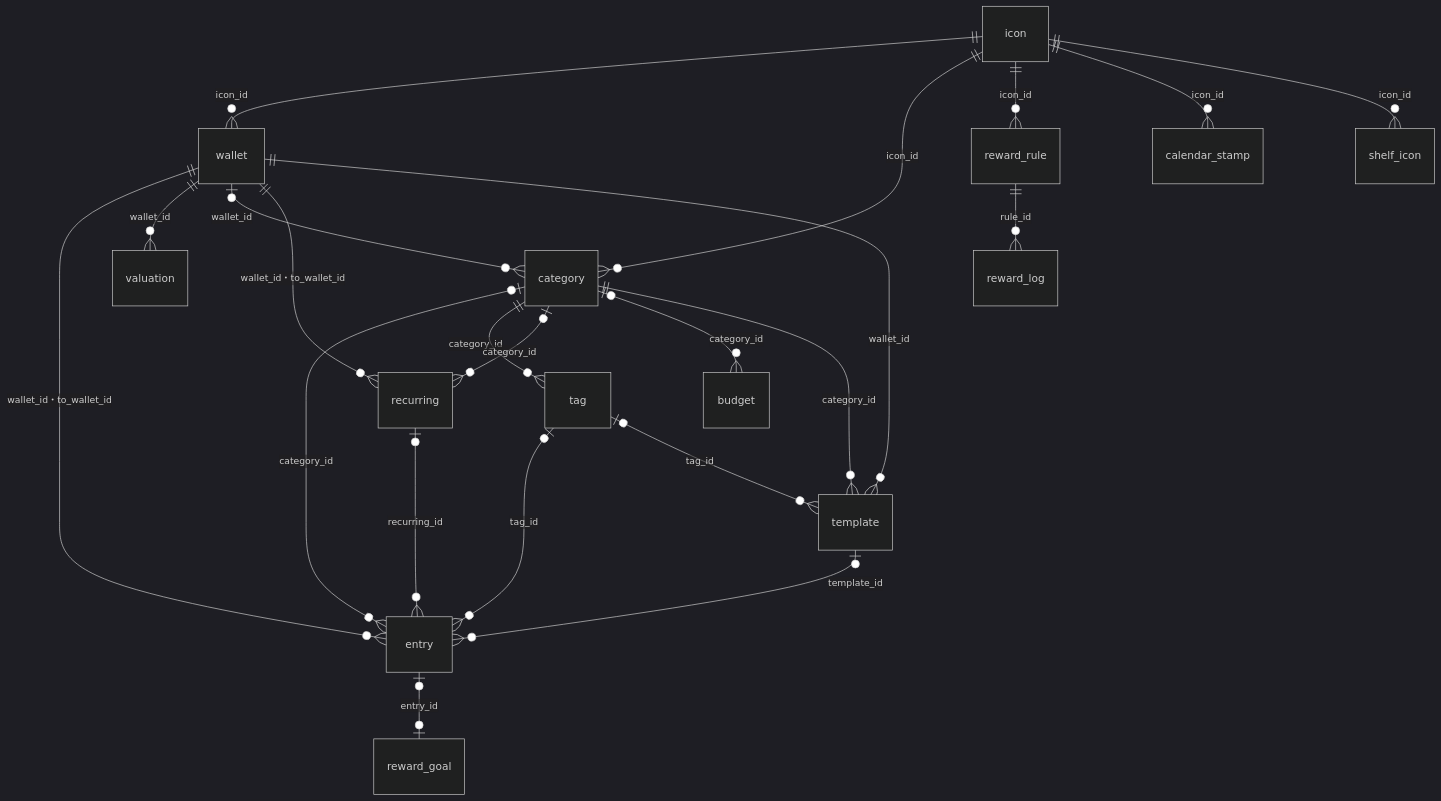
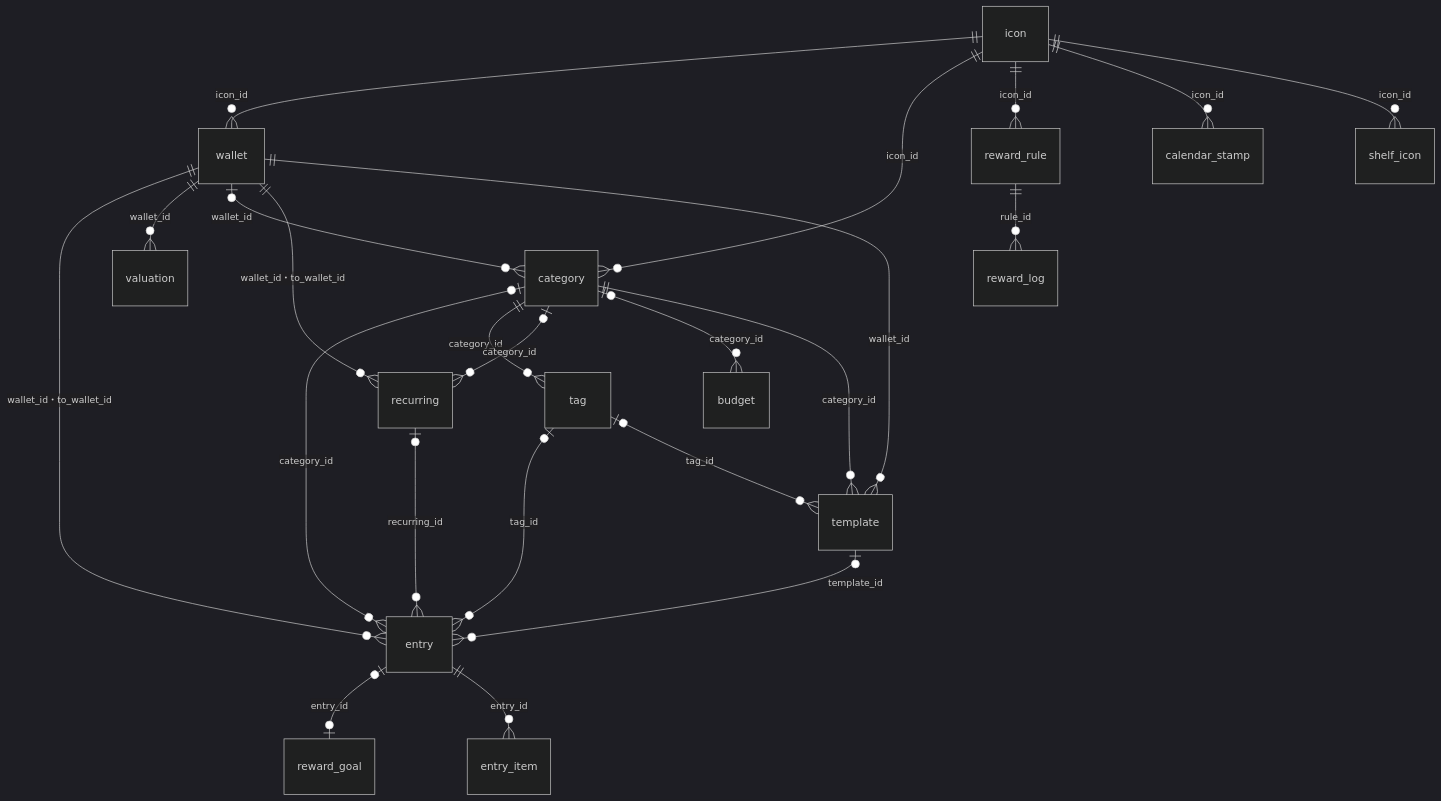
One commit to yossibank/kakeibot changed the diagram in docs/data.md. Above: the diagram before and after it, drawn with Mermaid (dark theme). The commit also changed other lines of this file and 3 other files, not shown here.

````diff
--- a/docs/data.md
+++ b/docs/data.md
@@ -11,24 +11,25 @@
 ```mermaid
 erDiagram
     icon ||--o{ wallet : "icon_id"
     icon ||--o{ category : "icon_id"
     icon ||--o{ reward_rule : "icon_id"
     icon ||--o{ calendar_stamp : "icon_id"
     icon ||--o{ shelf_icon : "icon_id"
     wallet ||--o{ entry : "wallet_id・to_wallet_id"
     wallet ||--o{ valuation : "wallet_id"
     category |o--o{ entry : "category_id"
     category ||--o{ tag : "category_id"
     wallet |o--o{ category : "wallet_id"
     tag |o--o{ entry : "tag_id"
     tag |o--o{ template : "tag_id"
     template |o--o{ entry : "template_id"
     recurring |o--o{ entry : "recurring_id"
     wallet ||--o{ recurring : "wallet_id・to_wallet_id"
     category |o--o{ recurring : "category_id"
     category |o--o{ budget : "category_id"
     category ||--o{ template : "category_id"
     wallet ||--o{ template : "wallet_id"
     reward_rule ||--o{ reward_log : "rule_id"
     entry |o--o| reward_goal : "entry_id"
+    entry ||--o{ entry_item : "entry_id"
 ```
````
